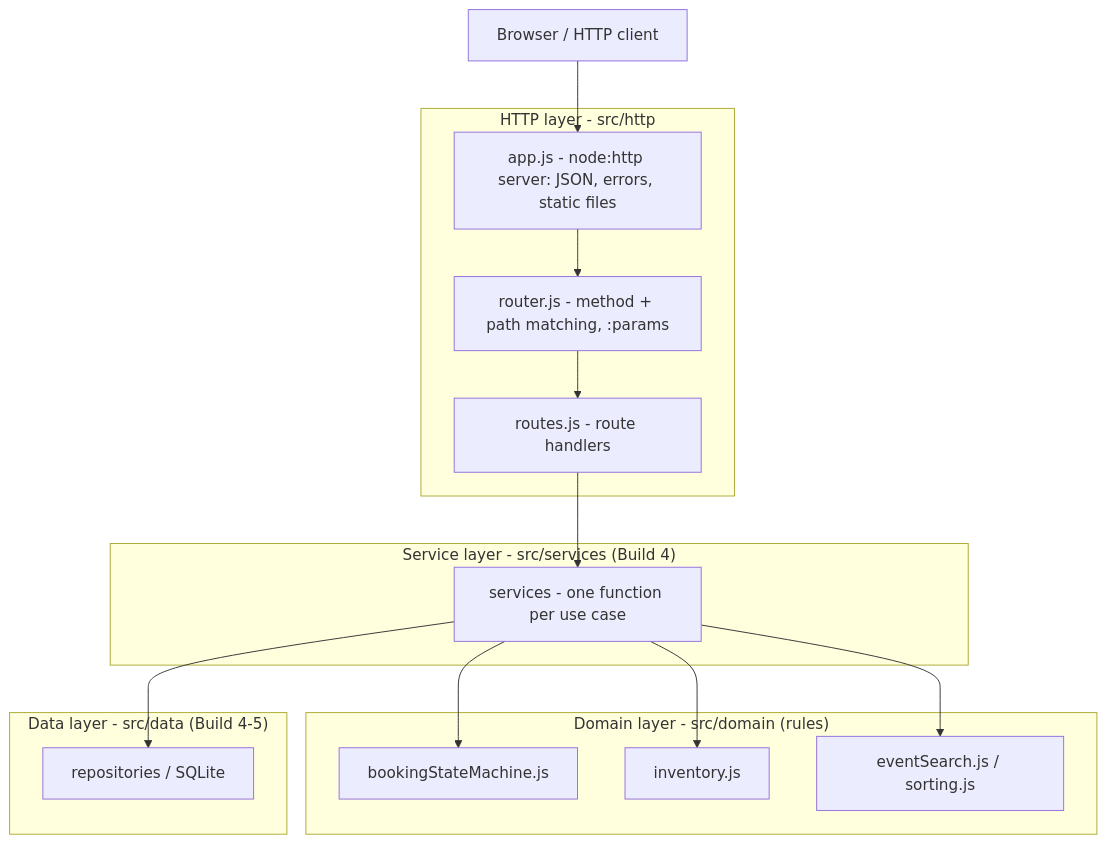
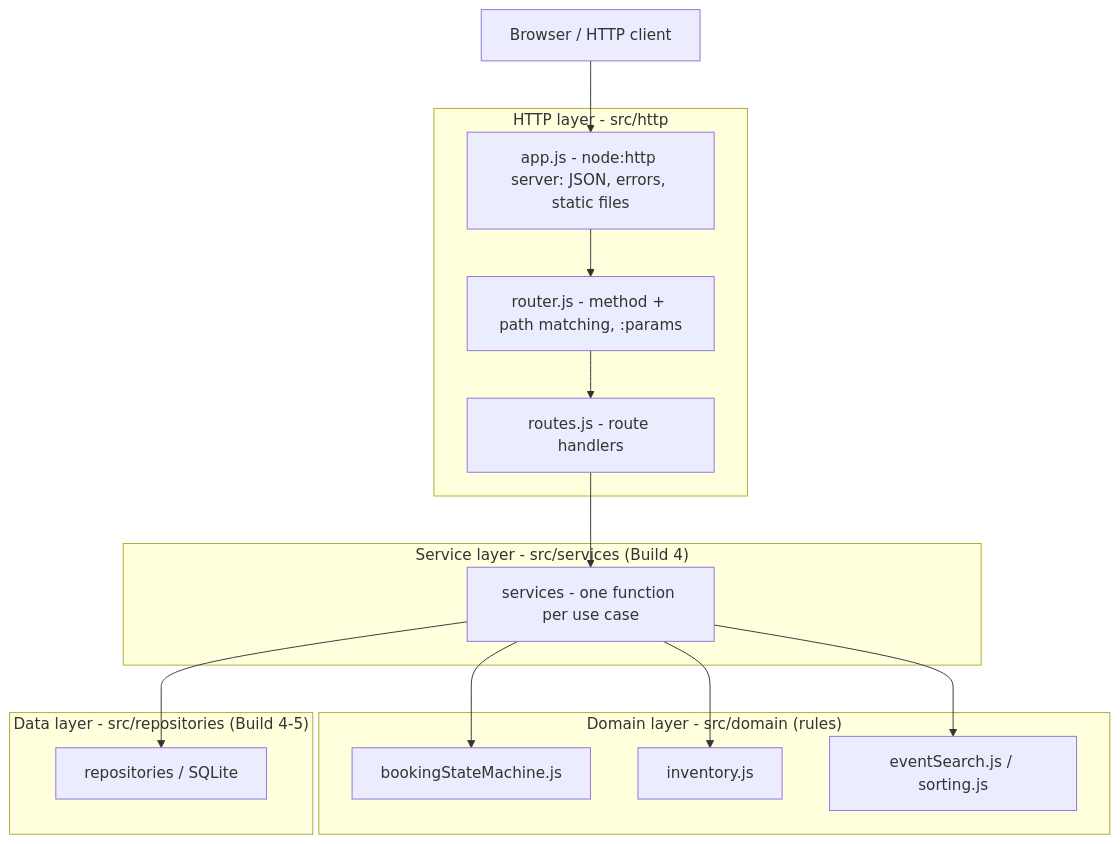
One commit to chukseminence/capstone-project changed the first of 3 diagrams in docs/architecture.md. Above: the diagram before and after it, drawn with Mermaid. The commit also changed other lines of this file and 13 other files, not shown here.

First line of the commit message:
Build 4: in-memory REST API (services + repositories)

````diff
--- a/docs/architecture.md
+++ b/docs/architecture.md
@@ -10,33 +10,33 @@
 ```mermaid
 flowchart TD
     client["Browser / HTTP client"]
 
     subgraph httpLayer["HTTP layer - src/http"]
         app["app.js - node:http server: JSON, errors, static files"]
         router["router.js - method + path matching, :params"]
         routes["routes.js - route handlers"]
     end
 
     subgraph serviceLayer["Service layer - src/services (Build 4)"]
         services["services - one function per use case"]
     end
 
     subgraph domainLayer["Domain layer - src/domain (rules)"]
         machine["bookingStateMachine.js"]
         inventory["inventory.js"]
         search["eventSearch.js / sorting.js"]
     end
 
-    subgraph dataLayer["Data layer - src/data (Build 4-5)"]
+    subgraph dataLayer["Data layer - src/repositories (Build 4-5)"]
         repositories["repositories / SQLite"]
     end
 
     client --> app
     app --> router
     router --> routes
     routes --> services
     services --> machine
     services --> inventory
     services --> search
     services --> repositories
 ```
````
